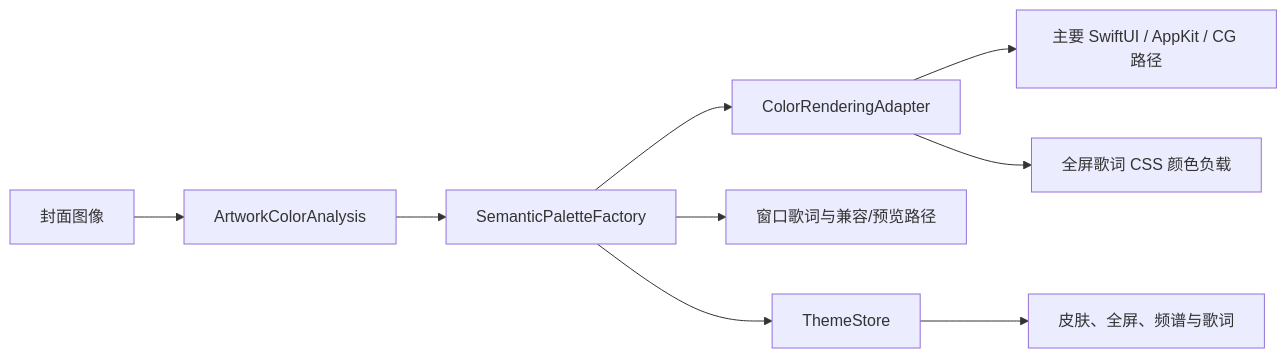
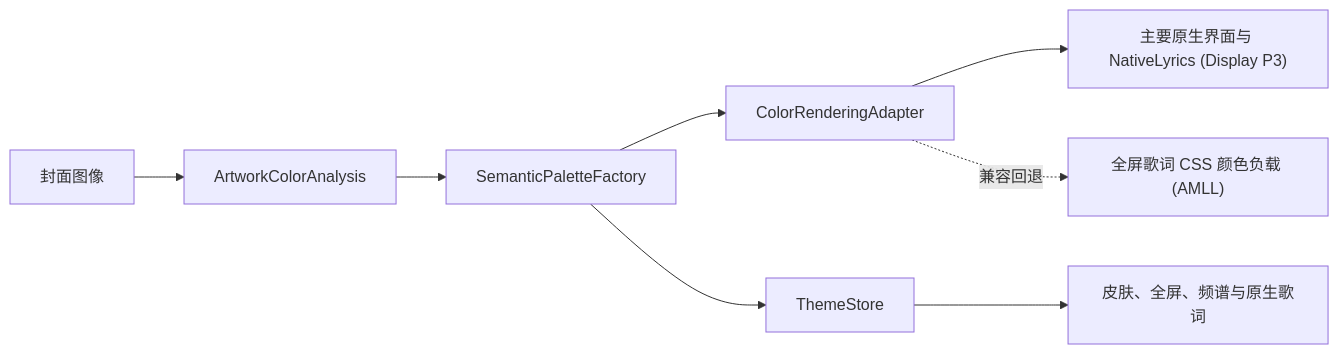
Before and after one commit to kmgcc/kmgccc_player: the diagram in docs/color-system.md, drawn with Mermaid. The commit also changed other lines of this file and 20 other files, not shown here.

First line of the commit message:
docs: reorganize public technical architecture documentation (#47)

````diff
--- a/docs/color-system.md
+++ b/docs/color-system.md
@@ -5,11 +5,10 @@
 ```mermaid
 flowchart LR
     Artwork["封面图像"] --> Analysis["ArtworkColorAnalysis"]
     Analysis --> Palette["SemanticPaletteFactory"]
     Palette --> Adapter["ColorRenderingAdapter"]
-    Adapter --> Native["主要 SwiftUI / AppKit / CG 路径"]
-    Adapter --> Web["全屏歌词 CSS 颜色负载"]
-    Palette --> Compat["窗口歌词与兼容/预览路径"]
+    Adapter --> Native["主要原生界面与 NativeLyrics (Display P3)"]
+    Adapter -. 兼容回退 .-> Web["全屏歌词 CSS 颜色负载 (AMLL)"]
     Palette --> Store["ThemeStore"]
-    Store --> Consumers["皮肤、全屏、频谱与歌词"]
+    Store --> Consumers["皮肤、全屏、频谱与原生歌词"]
 ```
````
